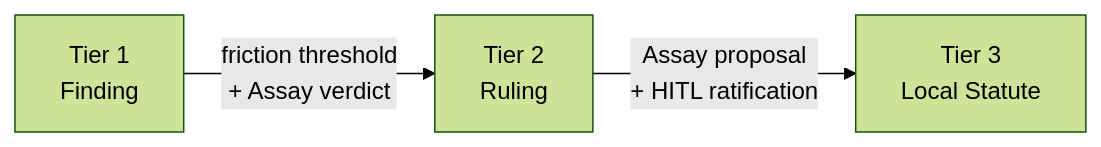
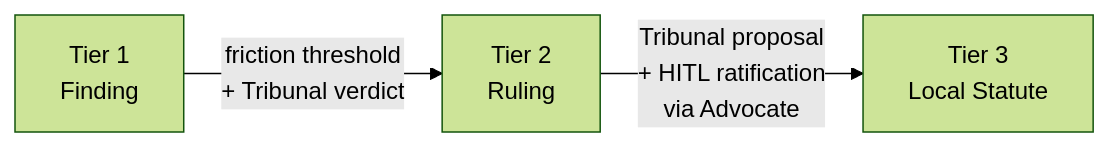
The first of 2 diagrams in specs/01-concepts/04-governance.md (really-knows-ai/gideas), drawn with Mermaid (forest theme) before and after one commit. The commit also changed other lines of this file and 34 other files, not shown here.

First line of the commit message:
refactor: decompose Assay into Judiciary subsystem (Arbiter, Tribunal, Advocate, Jury, Clerk)

````diff
--- a/specs/01-concepts/04-governance.md
+++ b/specs/01-concepts/04-governance.md
@@ -67,5 +67,5 @@
 ```mermaid
 flowchart LR
-    T1["Tier 1<br/>Finding"] -->|"friction threshold<br/>+ Assay verdict"| T2["Tier 2<br/>Ruling"]
-    T2 -->|"Assay proposal<br/>+ HITL ratification"| T3["Tier 3<br/>Local Statute"]
+    T1["Tier 1<br/>Finding"] -->|"friction threshold<br/>+ Tribunal verdict"| T2["Tier 2<br/>Ruling"]
+    T2 -->|"Tribunal proposal<br/>+ HITL ratification<br/>via Advocate"| T3["Tier 3<br/>Local Statute"]
 ```
````
